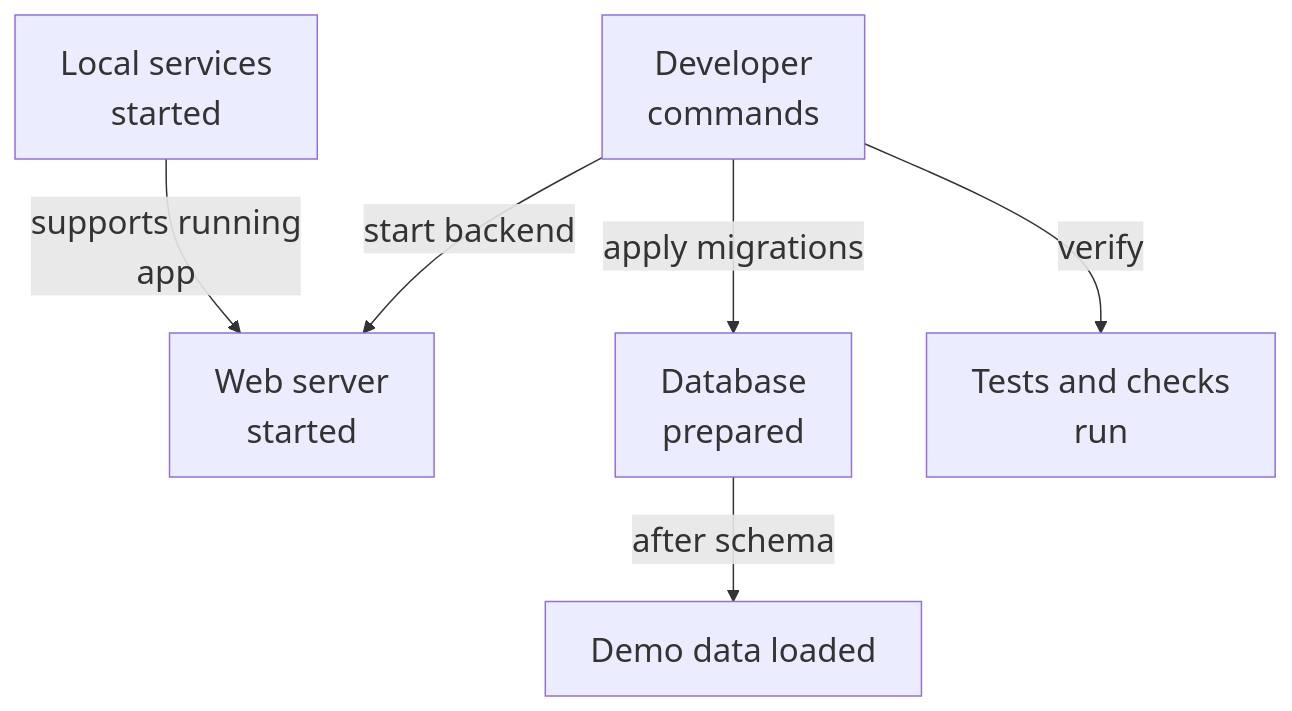
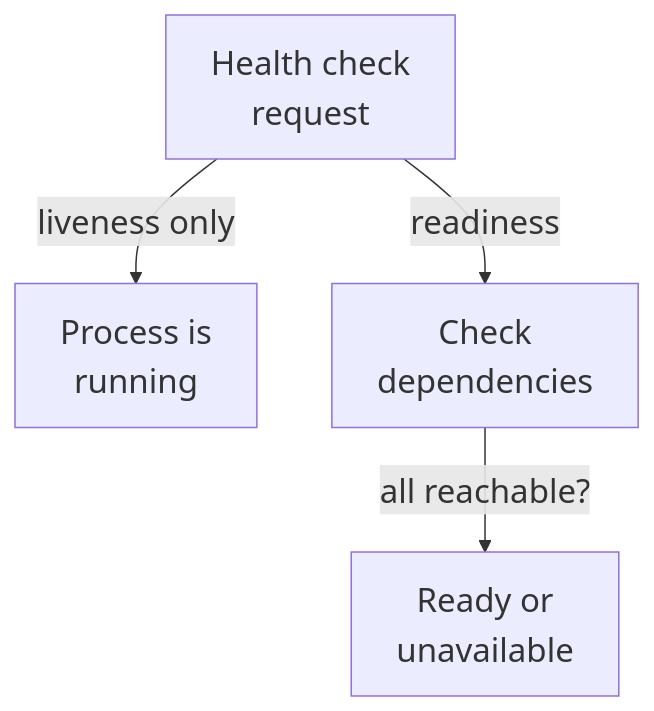
Before and after one commit to Justin-Mendoza/Afterclass: the diagram in maps/foundation/diagram-05.mmd, drawn with Mermaid. The commit also changed 85 other files, not shown here.

```diff
--- a/maps/foundation/diagram-05.mmd
+++ b/maps/foundation/diagram-05.mmd
@@ -1,13 +1,9 @@
 %%{init: {"themeVariables": {"fontSize": "22px"}}}%%
 flowchart TD
-  n0["Developer<br/>commands"]
-  n1["Web server<br/>started"]
-  n2["Database<br/>prepared"]
-  n3["Demo data loaded"]
-  n4["Tests and checks<br/>run"]
-  n5["Local services<br/>started"]
-  n0 -->|"start backend"| n1
-  n0 -->|"apply migrations"| n2
-  n2 -->|"after schema"| n3
-  n0 -->|"verify"| n4
-  n5 -->|"supports running<br/>app"| n1
+  n0["Health check<br/>request"]
+  n1["Process is<br/>running"]
+  n2["Check<br/>dependencies"]
+  n3["Ready or<br/>unavailable"]
+  n0 -->|"liveness only"| n1
+  n0 -->|"readiness"| n2
+  n2 -->|"all reachable?"| n3
```
